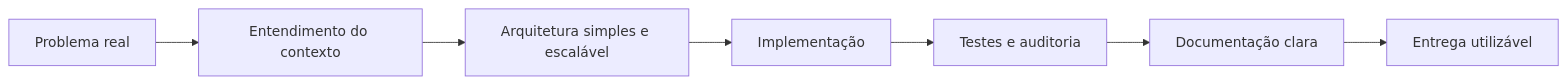
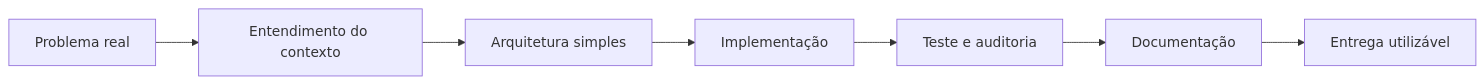
The diagram in README.md (MiguelFAraujo/MiguelFAraujo), drawn with Mermaid before and after one commit. The commit also changed other lines of this file, not shown here.

````diff
--- a/README.md
+++ b/README.md
@@ -117,9 +111,9 @@
 ```mermaid
 flowchart LR
-  Problema["Problema real"] --> Descoberta["Entendimento do contexto"]
-  Descoberta --> Arquitetura["Arquitetura simples e escalável"]
-  Arquitetura --> Implementacao["Implementação"]
-  Implementacao --> Testes["Testes e auditoria"]
-  Testes --> Documentacao["Documentação clara"]
-  Documentacao --> Entrega["Entrega utilizável"]
+  A["Problema real"] --> B["Entendimento do contexto"]
+  B --> C["Arquitetura simples"]
+  C --> D["Implementação"]
+  D --> E["Teste e auditoria"]
+  E --> F["Documentação"]
+  F --> G["Entrega utilizável"]
 ```
````
